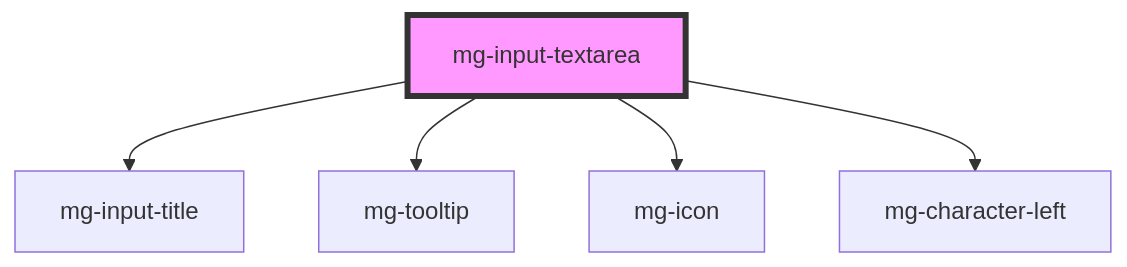
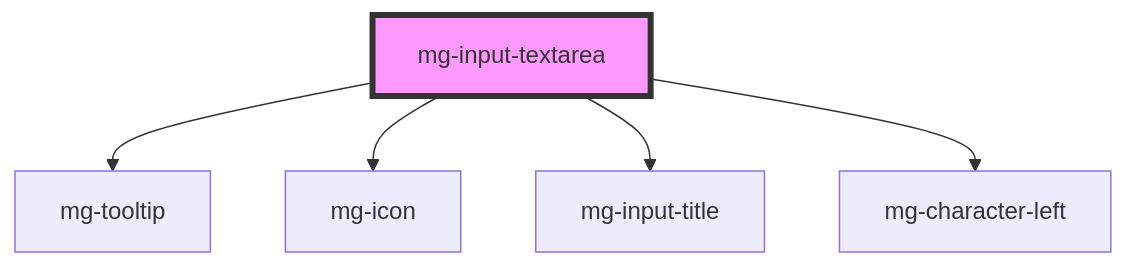
One commit to MGDIS/mg-components changed the diagram in src/components/molecules/inputs/mg-input-textarea/readme.md. Above: the diagram before and after it, drawn with Mermaid. The commit also changed other lines of this file and 50 other files, not shown here.

````diff
--- a/src/components/molecules/inputs/mg-input-textarea/readme.md
+++ b/src/components/molecules/inputs/mg-input-textarea/readme.md
@@ -49,8 +49,8 @@
 ```mermaid
 graph TD;
-  mg-input-textarea --> mg-input-title
   mg-input-textarea --> mg-tooltip
   mg-input-textarea --> mg-icon
+  mg-input-textarea --> mg-input-title
   mg-input-textarea --> mg-character-left
   style mg-input-textarea fill:#f9f,stroke:#333,stroke-width:4px
 ```
````
